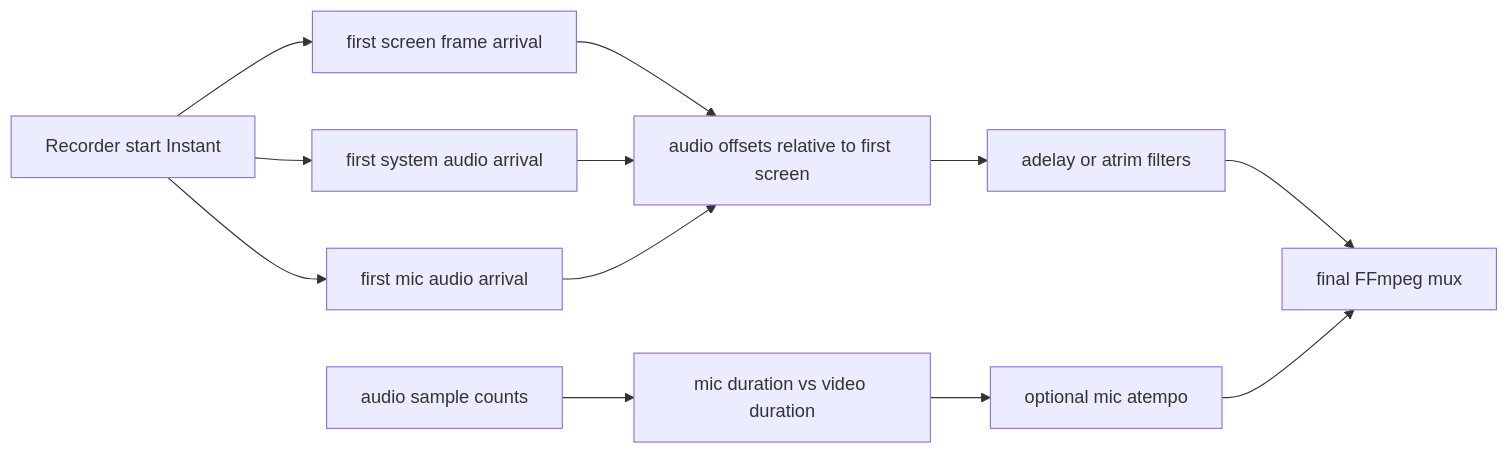
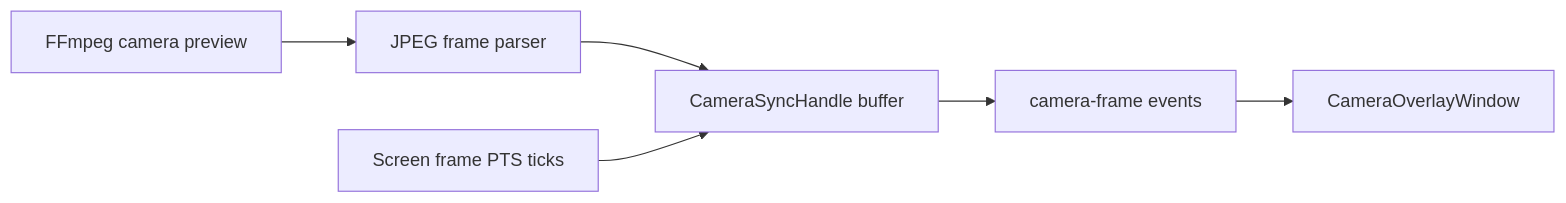
Before and after one commit to MaximeBF2000/momentum-capture: the second of 2 diagrams in docs/recording-pipeline.md, drawn with Mermaid. The commit also changed other lines of this file and 5 other files, not shown here.

````diff
--- a/docs/recording-pipeline.md
+++ b/docs/recording-pipeline.md
@@ -273,14 +112,8 @@
 ```mermaid
 flowchart LR
-  start["Recorder start Instant"] --> firstScreen["first screen frame arrival"]
-  start --> firstSystem["first system audio arrival"]
-  start --> firstMic["first mic audio arrival"]
-  firstScreen --> offsets["audio offsets relative to first screen"]
-  firstSystem --> offsets
-  firstMic --> offsets
-  offsets --> filters["adelay or atrim filters"]
-  samples["audio sample counts"] --> drift["mic duration vs video duration"]
-  drift --> atempo["optional mic atempo"]
-  filters --> mux["final FFmpeg mux"]
-  atempo --> mux
+  camFF["FFmpeg camera preview"] --> parser["JPEG frame parser"]
+  parser --> sync["CameraSyncHandle buffer"]
+  screenPTS["Screen frame PTS ticks"] --> sync
+  sync --> emit["camera-frame events"]
+  emit --> camWindow["CameraOverlayWindow"]
 ```
````
